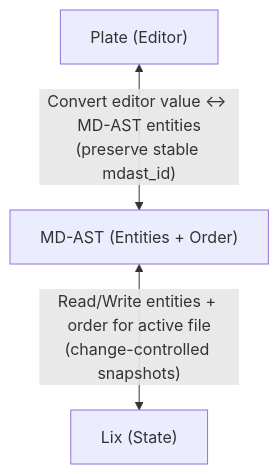
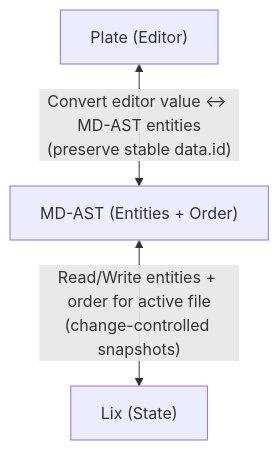
The diagram in flashtype-architecture.md (opral/monorepo), drawn with Mermaid before and after one commit. The commit also changed other lines of this file and 2 other files, not shown here.

````diff
--- a/flashtype-architecture.md
+++ b/flashtype-architecture.md
@@ -124,11 +124,11 @@
 ```mermaid
 graph TB
   %% Minimal view: Lix (state) ↔ MD-AST ↔ Plate
   Plate["Plate (Editor)"]
   MdAst["MD-AST (Entities + Order)"]
   Lix["Lix (State)"]
 
   %% High-level channels
-  Plate <--> |"Convert editor value ↔ MD-AST entities\n(preserve stable mdast_id)"| MdAst
+  Plate <--> |"Convert editor value ↔ MD-AST entities\n(preserve stable data.id)"| MdAst
   MdAst <--> |"Read/Write entities + order for active file\n(change-controlled snapshots)"| Lix
 ```
````
